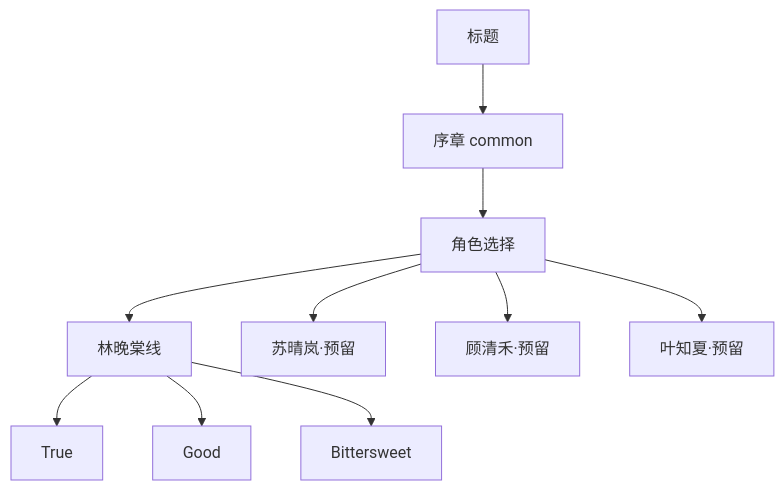
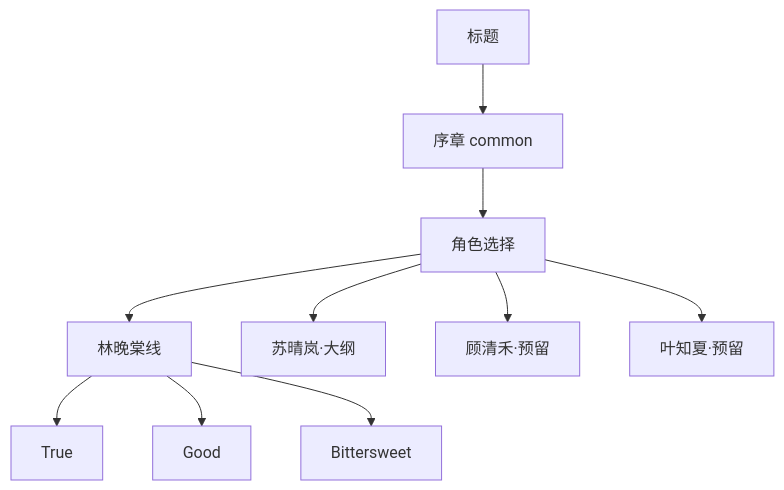
One commit to kiri225/tidal-zone-galgame changed the first of 4 diagrams in docs/STORY-DESIGN.md. Above: the diagram before and after it, drawn with Mermaid. The commit also changed other lines of this file and 62 other files, not shown here.

````diff
--- a/docs/STORY-DESIGN.md
+++ b/docs/STORY-DESIGN.md
@@ -207,12 +304,12 @@
 ```mermaid
 flowchart TD
   Title[标题] --> Common[序章 common]
   Common --> Select[角色选择]
   Select --> WT[林晚棠线]
-  Select --> QL[苏晴岚·预留]
+  Select --> QL[苏晴岚·大纲]
   Select --> QH[顾清禾·预留]
   Select --> ZX[叶知夏·预留]
   WT --> E1[True]
   WT --> E2[Good]
   WT --> E3[Bittersweet]
 ```
````
